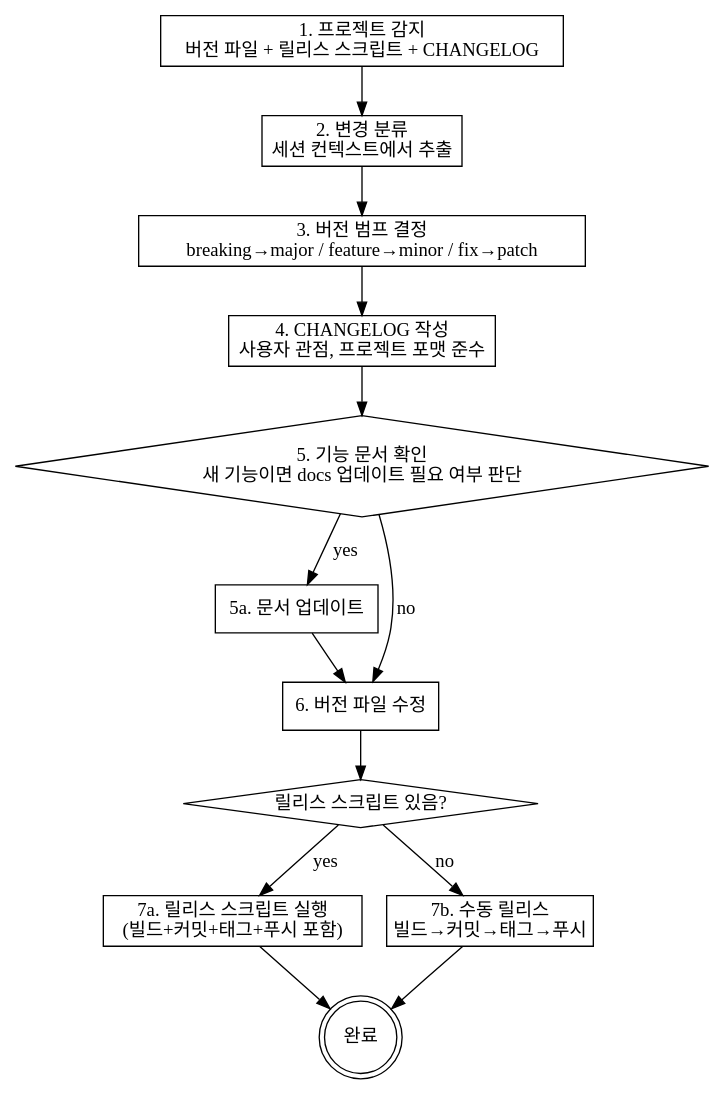
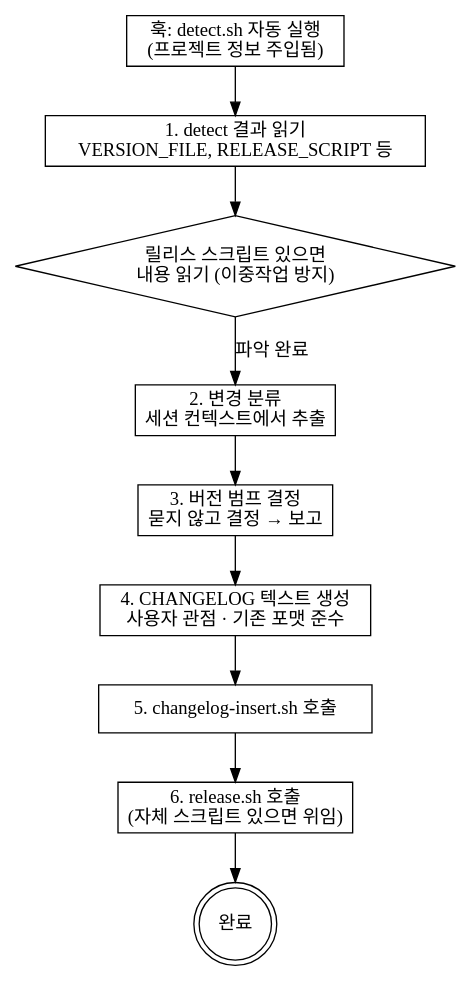
The diagram in skills/release-docs/SKILL.md (wis-graph/release-docs-skill), drawn with Graphviz before and after one commit. The commit also changed other lines of this file and 8 other files, not shown here.

````diff
--- a/skills/release-docs/SKILL.md
+++ b/skills/release-docs/SKILL.md
@@ -12,28 +16,20 @@
 ```dot
 digraph release {
   rankdir=TB;
   node [shape=box];
 
-  detect [label="1. 프로젝트 감지\n버전 파일 + 릴리스 스크립트 + CHANGELOG"];
+  hook [label="훅: detect.sh 자동 실행\n(프로젝트 정보 주입됨)"];
+  read_detect [label="1. detect 결과 읽기\nVERSION_FILE, RELEASE_SCRIPT 등"];
+  read_script [label="릴리스 스크립트 있으면\n내용 읽기 (이중작업 방지)", shape=diamond];
   classify [label="2. 변경 분류\n세션 컨텍스트에서 추출"];
-  bump_decide [label="3. 버전 범프 결정\nbreaking→major / feature→minor / fix→patch"];
-  changelog [label="4. CHANGELOG 작성\n사용자 관점, 프로젝트 포맷 준수"];
-  docs_check [label="5. 기능 문서 확인\n새 기능이면 docs 업데이트 필요 여부 판단", shape=diamond];
-  docs_update [label="5a. 문서 업데이트"];
-  version_bump [label="6. 버전 파일 수정"];
-  has_script [label="릴리스 스크립트 있음?", shape=diamond];
-  run_script [label="7a. 릴리스 스크립트 실행\n(빌드+커밋+태그+푸시 포함)"];
-  manual_release [label="7b. 수동 릴리스\n빌드→커밋→태그→푸시"];
+  bump_decide [label="3. 버전 범프 결정\n묻지 않고 결정 → 보고"];
+  changelog [label="4. CHANGELOG 텍스트 생성\n사용자 관점 · 기존 포맷 준수"];
+  insert [label="5. changelog-insert.sh 호출"];
+  release [label="6. release.sh 호출\n(자체 스크립트 있으면 위임)"];
   done [label="완료", shape=doublecircle];
 
-  detect -> classify -> bump_decide -> changelog -> docs_check;
-  docs_check -> docs_update [label="yes"];
-  docs_check -> version_bump [label="no"];
-  docs_update -> version_bump;
-  version_bump -> has_script;
-  has_script -> run_script [label="yes"];
-  has_script -> manual_release [label="no"];
-  run_script -> done;
-  manual_release -> done;
+  hook -> read_detect -> read_script;
+  read_script -> classify [label="파악 완료"];
+  classify -> bump_decide -> changelog -> insert -> release -> done;
 }
 ```
````
